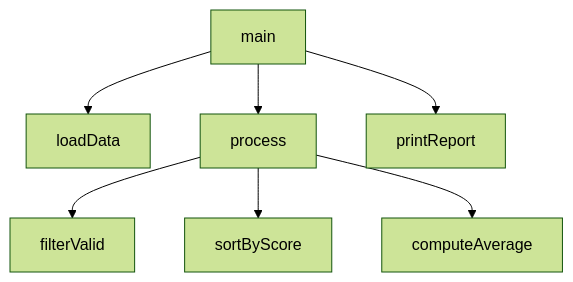
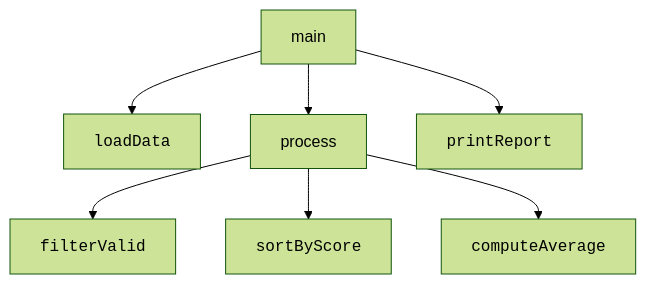
Before and after one commit to dataslope/dataslope: the first of 2 diagrams in content/learn/java-programming-for-beginners/methods-and-modularity.mdx, drawn with Mermaid (forest theme). The commit also changed 153 other files, not shown here.

First line of the commit message:
Render code-only mermaid shapes in monospace; convert step sequences to Steps

````diff
--- a/content/learn/java-programming-for-beginners/methods-and-modularity.mdx
+++ b/content/learn/java-programming-for-beginners/methods-and-modularity.mdx
@@ -25,9 +25,9 @@
 ```mermaid
 flowchart TD
-    Main[main] --> Load[loadData]
+    Main[main] --> Load["<code>loadData</code>"]
     Main --> Process[process]
-    Main --> Report[printReport]
-    Process --> Filter[filterValid]
-    Process --> Sort[sortByScore]
-    Process --> Avg[computeAverage]
+    Main --> Report["<code>printReport</code>"]
+    Process --> Filter["<code>filterValid</code>"]
+    Process --> Sort["<code>sortByScore</code>"]
+    Process --> Avg["<code>computeAverage</code>"]
 ```
````
